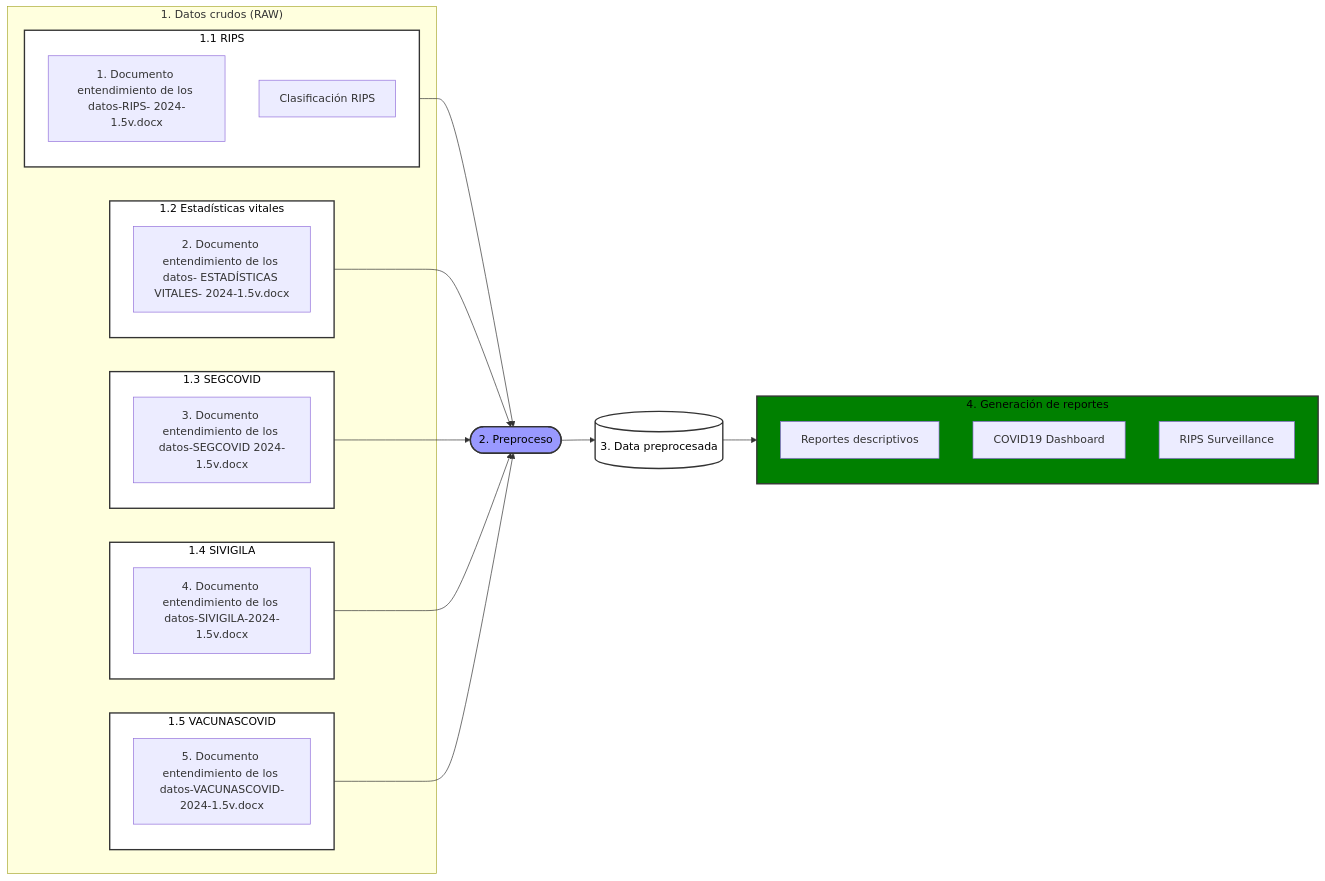
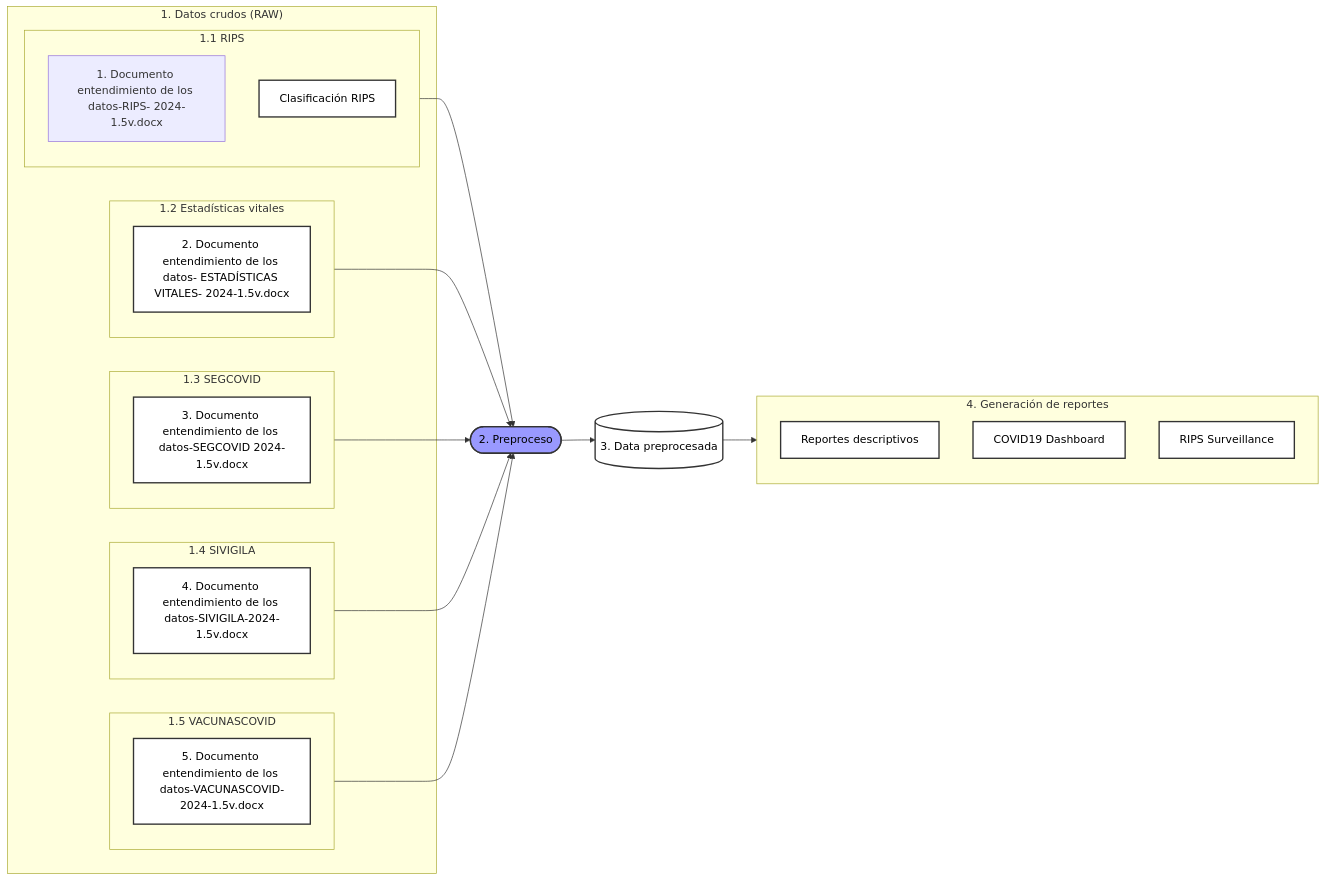
One commit to AGORA-COL/.github changed the diagram in profile/DataLake/FlujoDatos.md. Above: the diagram before and after it, drawn with Mermaid.

````diff
--- a/profile/DataLake/FlujoDatos.md
+++ b/profile/DataLake/FlujoDatos.md
@@ -8,65 +8,65 @@
 ```mermaid
 flowchart LR
     subgraph R["1. Datos crudos (RAW)"]
         subgraph A[1.1 RIPS]
             DRIPS1[1. Documento entendimiento de los datos-RIPS- 2024-1.5v.docx]
             CRIPS1[Clasificación RIPS]
         end
         subgraph B[1.2 Estadísticas vitales]
             DRIPS2[2. Documento entendimiento de los datos- ESTADÍSTICAS VITALES- 2024-1.5v.docx]
         end
         subgraph C[1.3 SEGCOVID]
             DRIPS3[3. Documento entendimiento de los datos-SEGCOVID 2024-1.5v.docx]
         end
         subgraph D[1.4 SIVIGILA]
             DRIPS4[4. Documento entendimiento de los datos-SIVIGILA-2024-1.5v.docx]
         end
         subgraph E[1.5 VACUNASCOVID]
             DRIPS5[5. Documento entendimiento de los datos-VACUNASCOVID-2024-1.5v.docx]
         end
     end
 
     F([2. Preproceso])
     DP[("3. Data preprocesada")]
     subgraph G["4. Generación de reportes"]
         RD[Reportes descriptivos]
         DB[COVID19 Dashboard]
         RS[RIPS Surveillance]
     end
 
 
     A --> F
     B --> F
     C --> F
     D --> F
     E --> F
 
     F --> DP
     
     DP --> G
 
 
     classDef data fill:#fff,stroke:#333,stroke-width:2px,color:#000;
     classDef process fill:#99f,stroke:#333,stroke-width:2px,color:black;
     classDef repository fill:#fff,stroke:#333,stroke-width:2px,stroke: 5 5,color:#000;
     classDef process2 fill:green,stroke:#333,stroke-width:2px,color:#000;
     classDef report fill:#aeb,stroke:#333,stroke-width:2px,color:#000;
 
-    class A,B,C,D,E repository;
+    class DIRPS1,DRIPS2,DRIPS3,DRIPS4,DRIPS5,CRIPS1 repository;
     class F process;
     class DP repository;
-    class G process2;
+    class RD,DB,RS repository
 
 
     click DRIPS1 "https://docs.google.com/document/d/1v1sbOreJdBO0SDKUqhwKxVJw9MxYego8/view"
     click CRIPS1 "https://drive.google.com/drive/folders/1pApPVLWTkwgCbYgMG0tAWkvJDn2RRe1K"
 
     click DRIPS2 "https://docs.google.com/document/d/1iS1R8nHHWaVkTCsxTbTI5t9atf6AJeuR/view"
     click DRIPS3 "https://docs.google.com/document/d/1ErjxN7yliQpPZoOO_h-7L-Qg5XQCONbd/view"
     click DRIPS4 "https://docs.google.com/document/d/17mFQoDqTd8Azzy9971D3XkibAzFu6egv/view"
     click DRIPS5 "https://docs.google.com/document/d/1kIC2y6j7VdZ7J-GziTIGz7EuRUx8Aec9/view"
 
     click RD "https://github.com/AGORA-COL/dl-covid19-descriptive-reports"
     click DB "https://github.com/AGORA-COL/dl-covid19-col-dashboard"
     click RS "https://github.com/AGORA-COL/quality-rips-surveillance"
 ```
````
